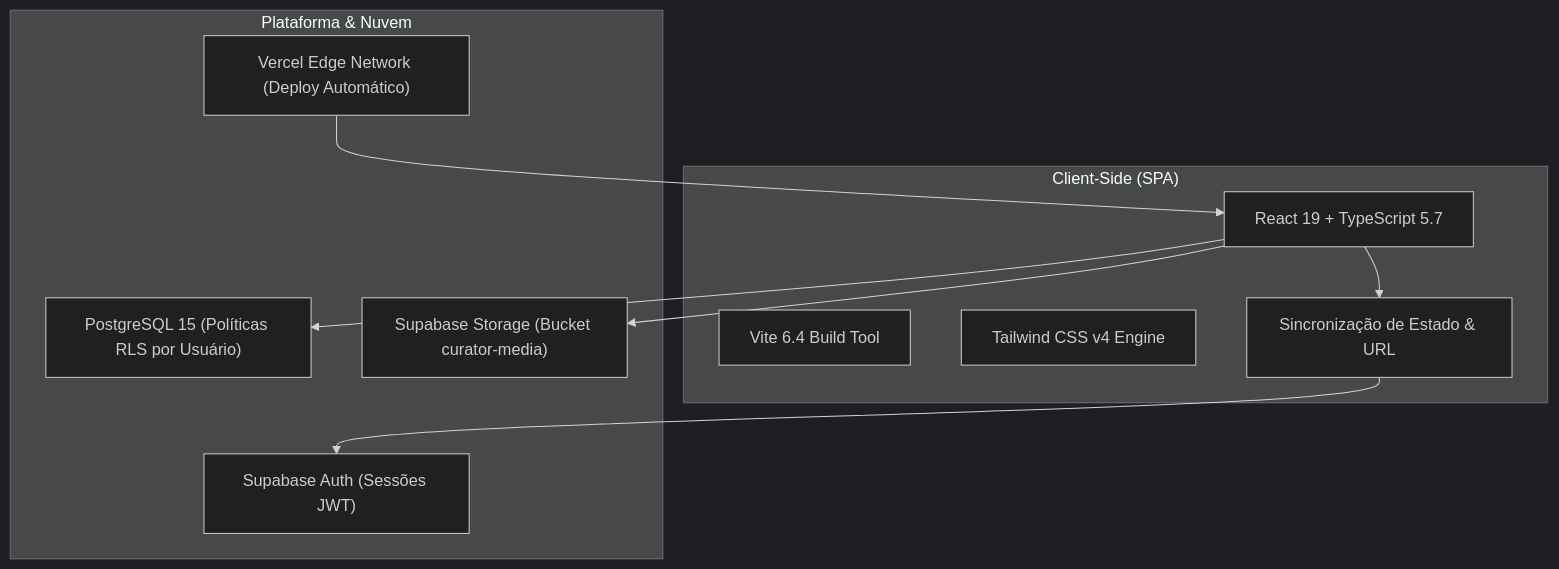
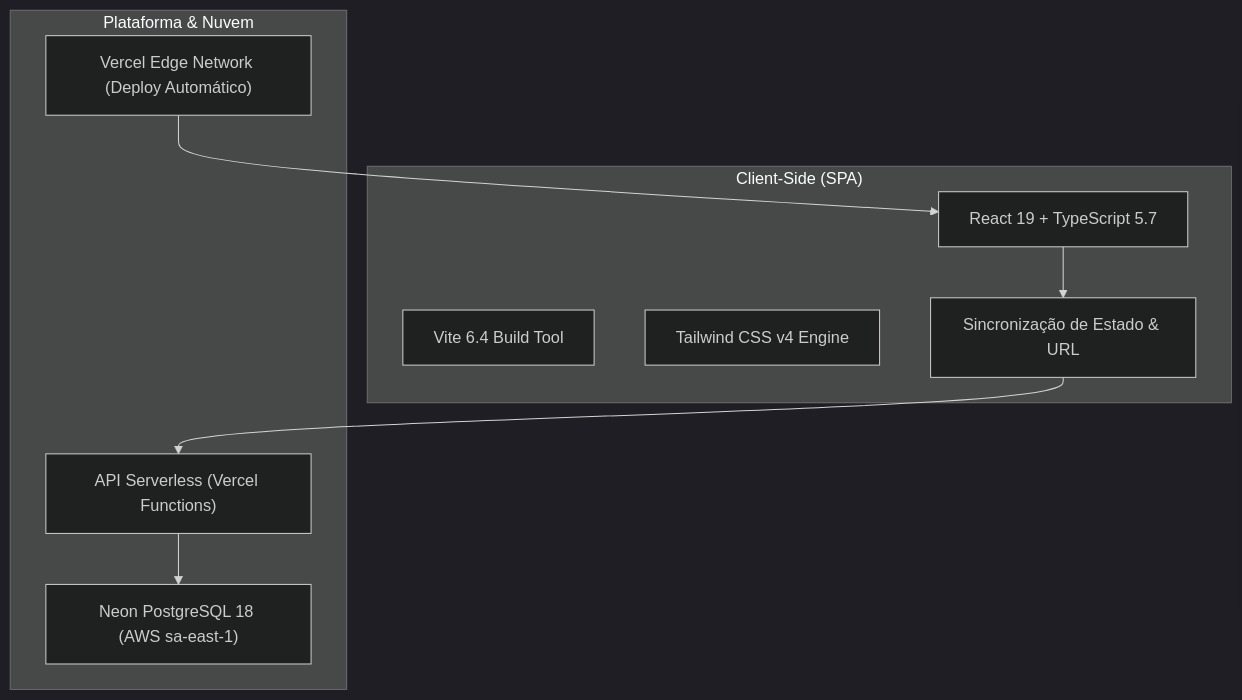
The diagram in README.md (Fellipeeduardodev/Salvei-App), drawn with Mermaid (dark theme) before and after one commit. The commit also changed other lines of this file and 218 other files, not shown here.

Commit message:
feat: complete mobile responsive overhaul, migrate fully to Neon serverless, and remove legacy Supabase

````diff
--- a/README.md
+++ b/README.md
@@ -117,22 +117,20 @@
 ```mermaid
 flowchart TD
     subgraph Cliente["Client-Side (SPA)"]
         UI["React 19 + TypeScript 5.7"]
         Vite["Vite 6.4 Build Tool"]
         Tailwind["Tailwind CSS v4 Engine"]
         Router["Sincronização de Estado & URL"]
     end
 
     subgraph Nuvem["Plataforma & Nuvem"]
         Vercel["Vercel Edge Network (Deploy Automático)"]
-        SupabaseAuth["Supabase Auth (Sessões JWT)"]
-        Postgres["PostgreSQL 15 (Políticas RLS por Usuário)"]
-        Storage["Supabase Storage (Bucket curator-media)"]
+        ApiFunctions["API Serverless (Vercel Functions)"]
+        NeonDB["Neon PostgreSQL 18 (AWS sa-east-1)"]
     end
 
     UI --> Router
-    Router --> SupabaseAuth
-    UI --> Postgres
-    UI --> Storage
+    Router --> ApiFunctions
+    ApiFunctions --> NeonDB
     Vercel --> UI
 ```
````
